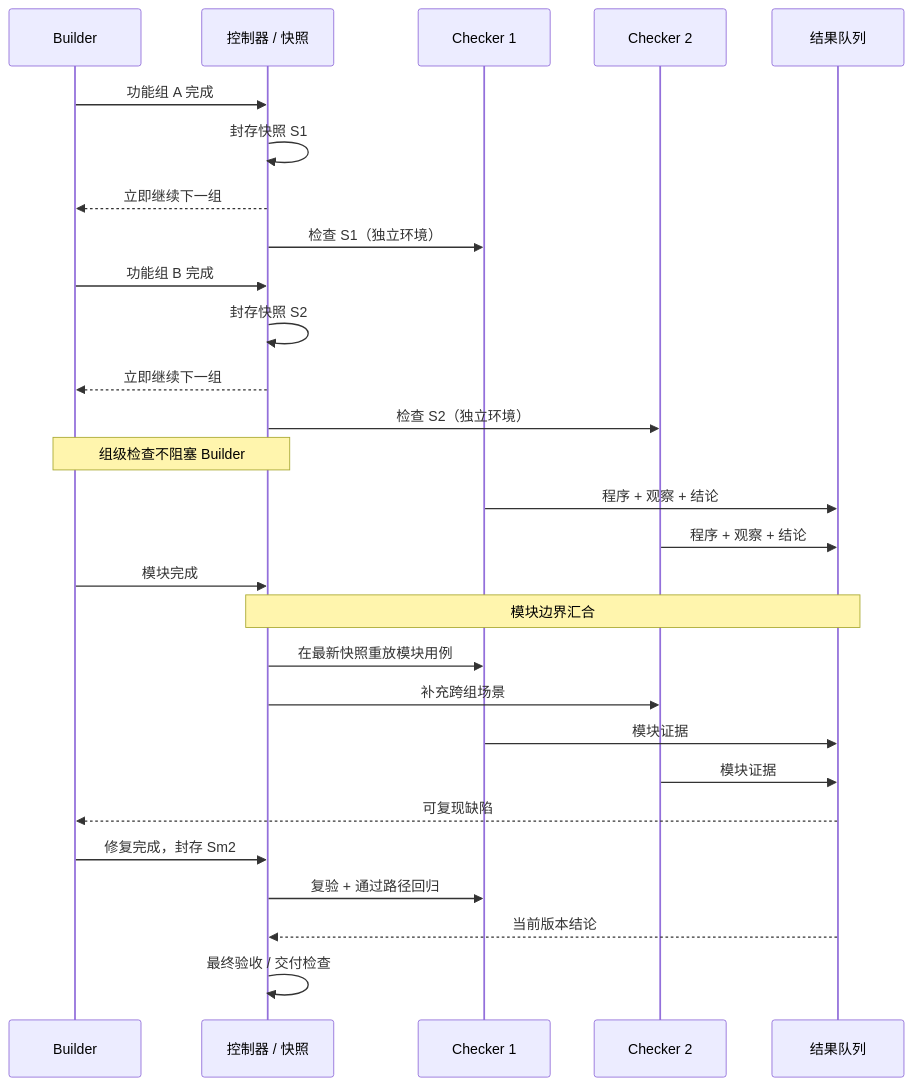
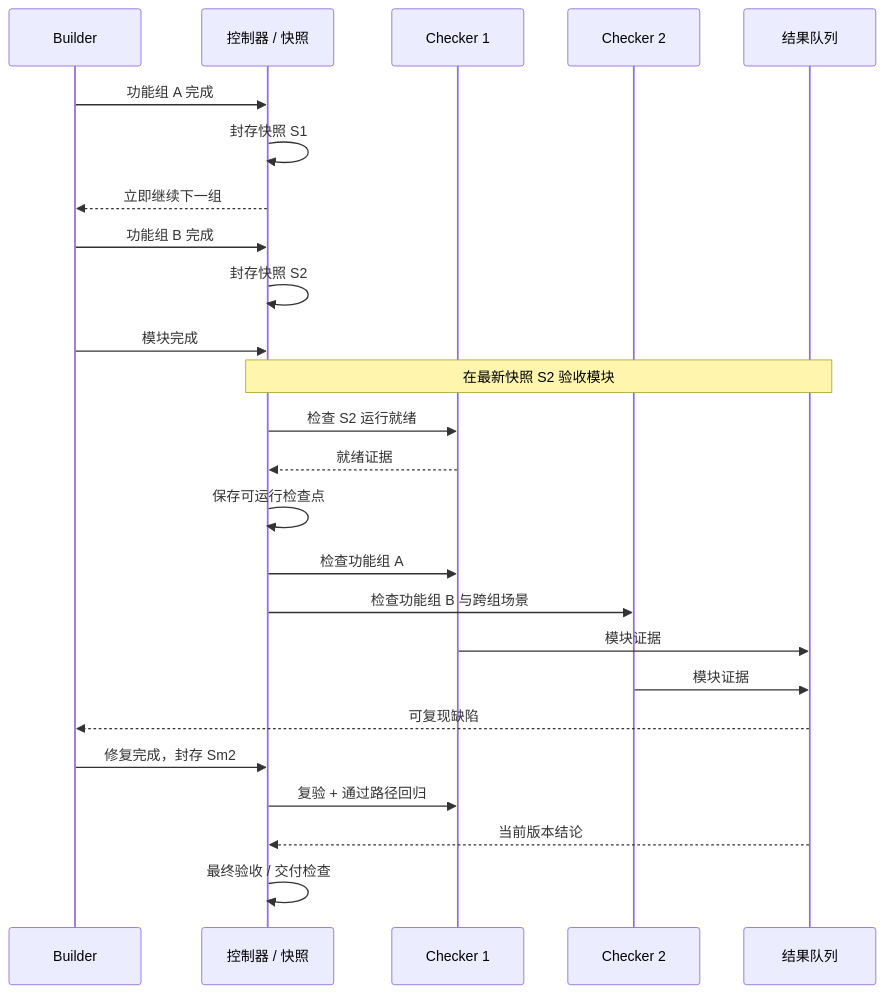
One commit to TheaDust/shallow-code changed the diagram in README.md. Above: the diagram before and after it, drawn with Mermaid. The commit also changed other lines of this file and 23 other files, not shown here.

````diff
--- a/README.md
+++ b/README.md
@@ -16,31 +16,28 @@
 ```mermaid
 sequenceDiagram
     participant B as Builder
     participant C as 控制器 / 快照
     participant K1 as Checker 1
     participant K2 as Checker 2
     participant Q as 结果队列
 
     B->>C: 功能组 A 完成
     C->>C: 封存快照 S1
     C-->>B: 立即继续下一组
-    C->>K1: 检查 S1（独立环境）
     B->>C: 功能组 B 完成
     C->>C: 封存快照 S2
-    C-->>B: 立即继续下一组
-    C->>K2: 检查 S2（独立环境）
-    Note over B,C: 组级检查不阻塞 Builder
-    K1->>Q: 程序 + 观察 + 结论
-    K2->>Q: 程序 + 观察 + 结论
     B->>C: 模块完成
-    Note over C,Q: 模块边界汇合
-    C->>K1: 在最新快照重放模块用例
-    C->>K2: 补充跨组场景
+    Note over C,Q: 在最新快照 S2 验收模块
+    C->>K1: 检查 S2 运行就绪
+    K1-->>C: 就绪证据
+    C->>C: 保存可运行检查点
+    C->>K1: 检查功能组 A
+    C->>K2: 检查功能组 B 与跨组场景
     K1->>Q: 模块证据
     K2->>Q: 模块证据
     Q-->>B: 可复现缺陷
     B->>C: 修复完成，封存 Sm2
     C->>K1: 复验 + 通过路径回归
     Q-->>C: 当前版本结论
     C->>C: 最终验收 / 交付检查
 ```
````
